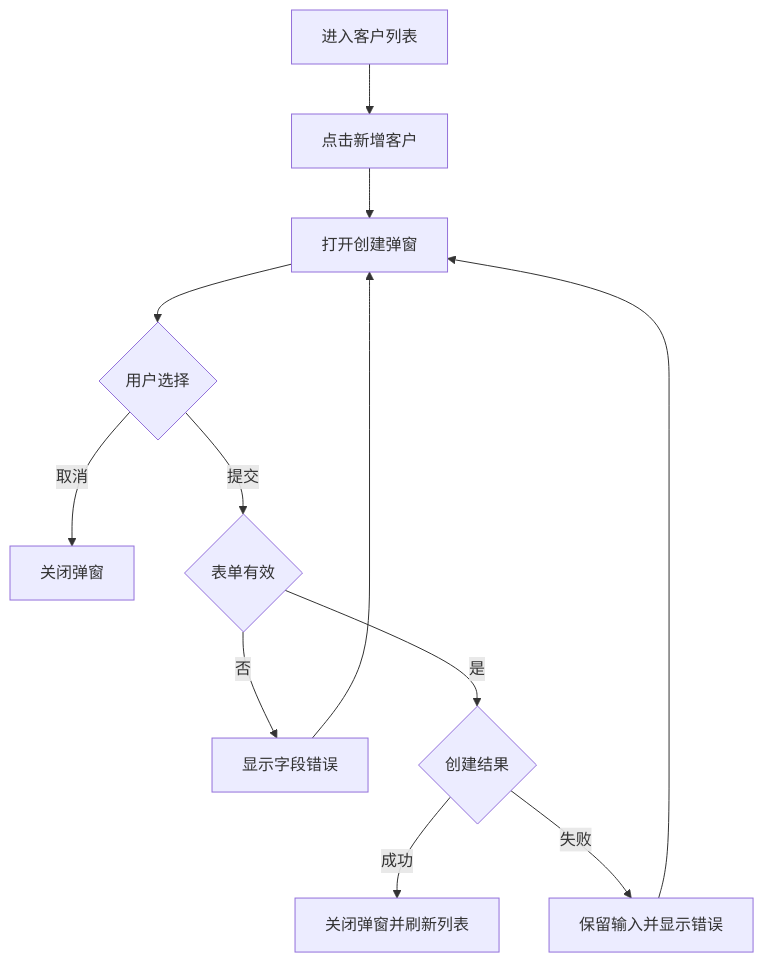
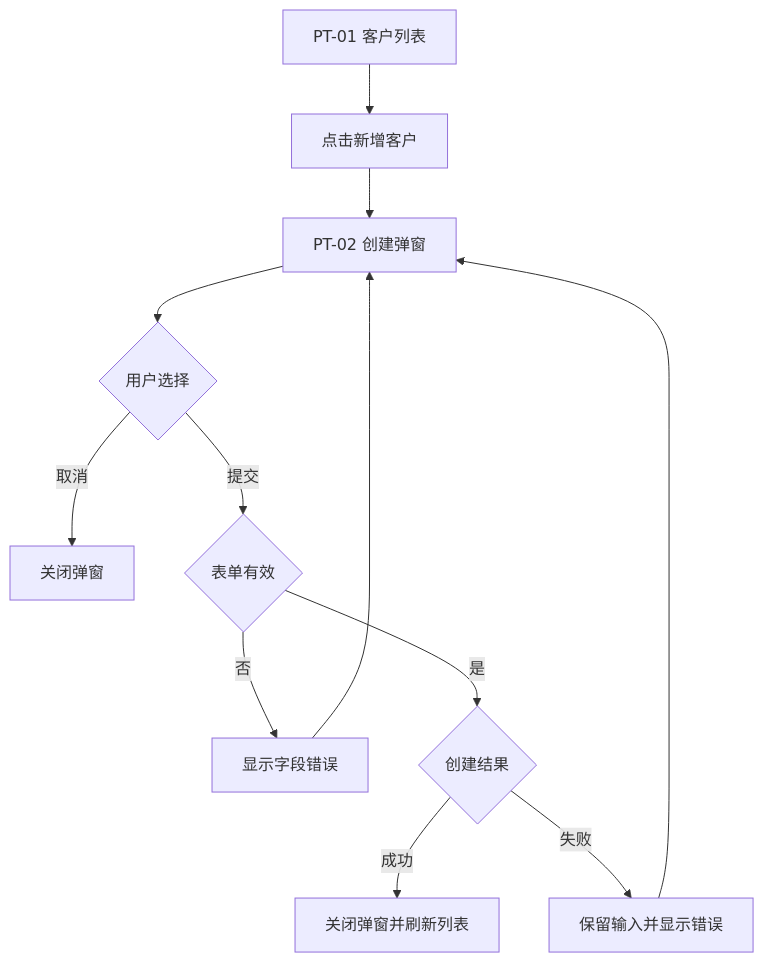
One commit to GHjiejie/Frontend-Engineering-Agent-Plugin changed the diagram in frontend-interaction-design-plugin/skills/user-flow-generator/examples/customer-management.md. Above: the diagram before and after it, drawn with Mermaid. The commit also changed other lines of this file and 35 other files, not shown here.

````diff
--- a/frontend-interaction-design-plugin/skills/user-flow-generator/examples/customer-management.md
+++ b/frontend-interaction-design-plugin/skills/user-flow-generator/examples/customer-management.md
@@ -42,14 +29,14 @@
 ```mermaid
 flowchart TD
-    A[进入客户列表] --> B[点击新增客户]
-    B --> C[打开创建弹窗]
+    A["PT-01 客户列表"] --> B[点击新增客户]
+    B --> C["PT-02 创建弹窗"]
     C --> D{用户选择}
     D -->|取消| E[关闭弹窗]
     D -->|提交| F{表单有效}
     F -->|否| G[显示字段错误]
     G --> C
     F -->|是| H{创建结果}
     H -->|成功| I[关闭弹窗并刷新列表]
     H -->|失败| J[保留输入并显示错误]
     J --> C
 ```
````
